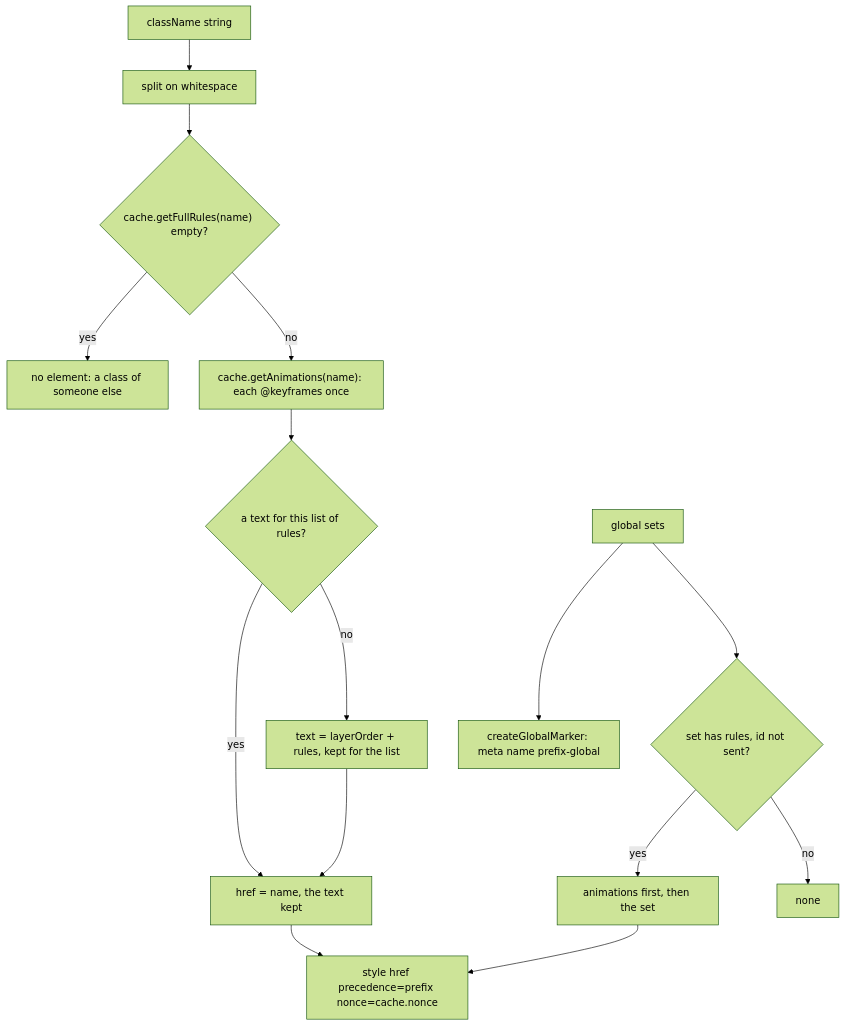
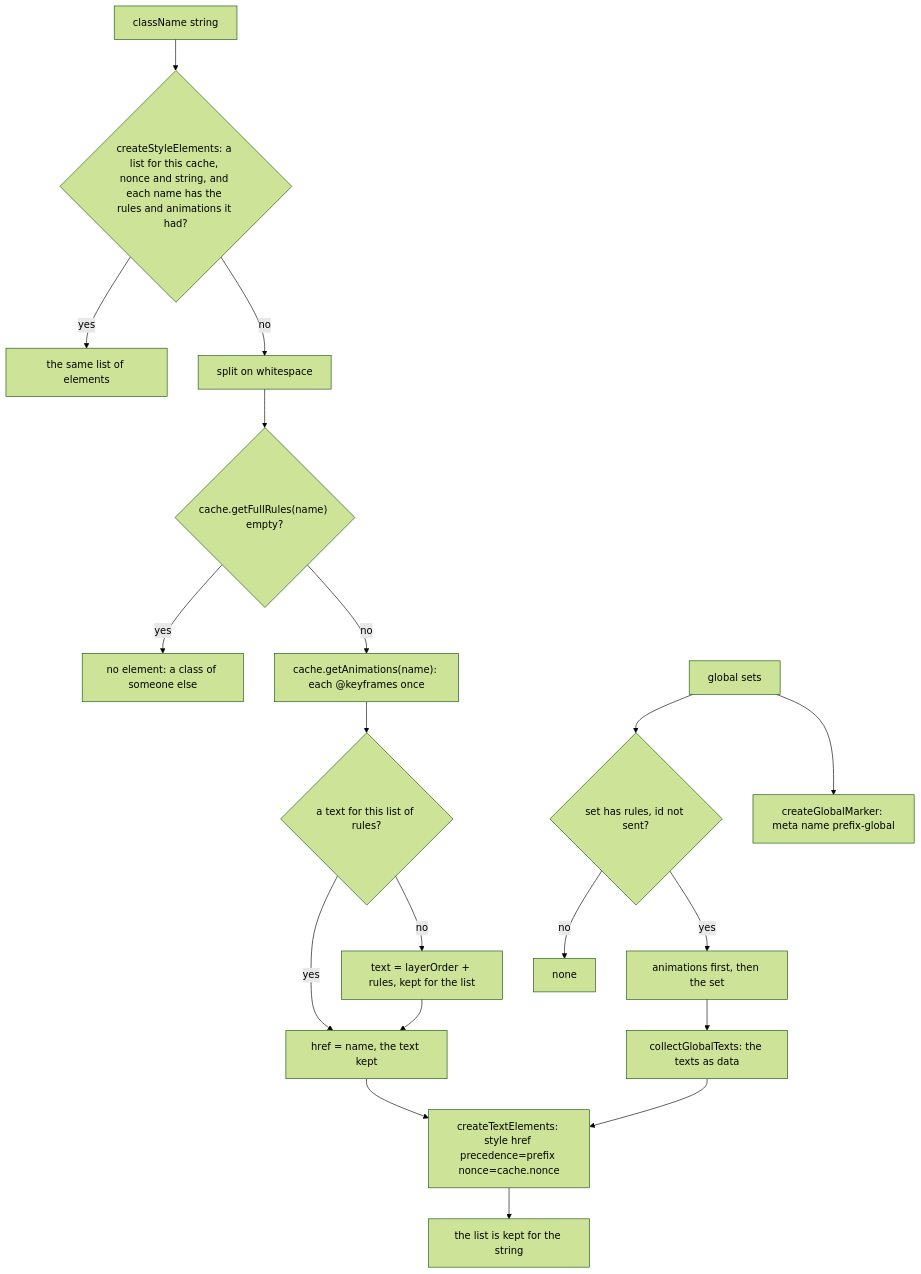
One commit to soroush-tech/umber-style changed the diagram in packages/react/src/styleElements.md. Above: the diagram before and after it, drawn with Mermaid (forest theme). The commit also changed other lines of this file and 67 other files, not shown here.

Commit message:
feat: a page of server components keeps its styles under a strict nonce policy on Next.js, from a source or a fixed nonce, and a warm render does not redo the value repair and style elements of classes it has - close #66, close #68

````diff
--- a/packages/react/src/styleElements.md
+++ b/packages/react/src/styleElements.md
@@ -24,17 +29,21 @@
 ```mermaid
 flowchart TD
-  names["className string"] --> split["split on whitespace"]
+  names["className string"] --> kept{"createStyleElements: a list for this cache, nonce and string, and each name has the rules and animations it had?"}
+  kept -->|yes| reuse["the same list of elements"]
+  kept -->|no| split["split on whitespace"]
   split --> rules{"cache.getFullRules(name) empty?"}
   rules -->|yes| skip["no element: a class of someone else"]
   rules -->|no| anims["cache.getAnimations(name): each @keyframes once"]
   anims --> known{"a text for this list of rules?"}
   known -->|yes| text["href = name, the text kept"]
   known -->|no| make["text = layerOrder + rules, kept for the list"]
   make --> text
-  text --> elems["style href precedence=prefix nonce=cache.nonce"]
+  text --> elems["createTextElements: style href precedence=prefix nonce=cache.nonce"]
+  elems --> keep["the list is kept for the string"]
   sets["global sets"] --> hasRules{"set has rules, id not sent?"}
   hasRules -->|yes| gAnims["animations first, then the set"]
   hasRules -->|no| skip2["none"]
-  gAnims --> elems
+  gAnims --> gTexts["collectGlobalTexts: the texts as data"]
+  gTexts --> elems
   sets --> marker["createGlobalMarker: meta name prefix-global"]
 ```
````
